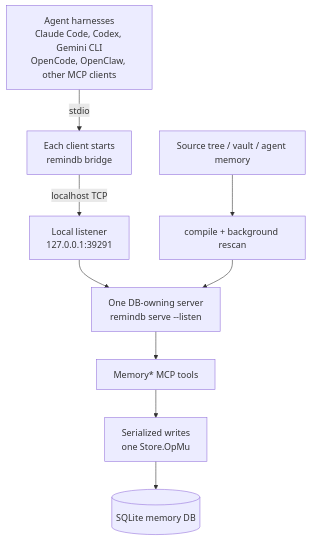
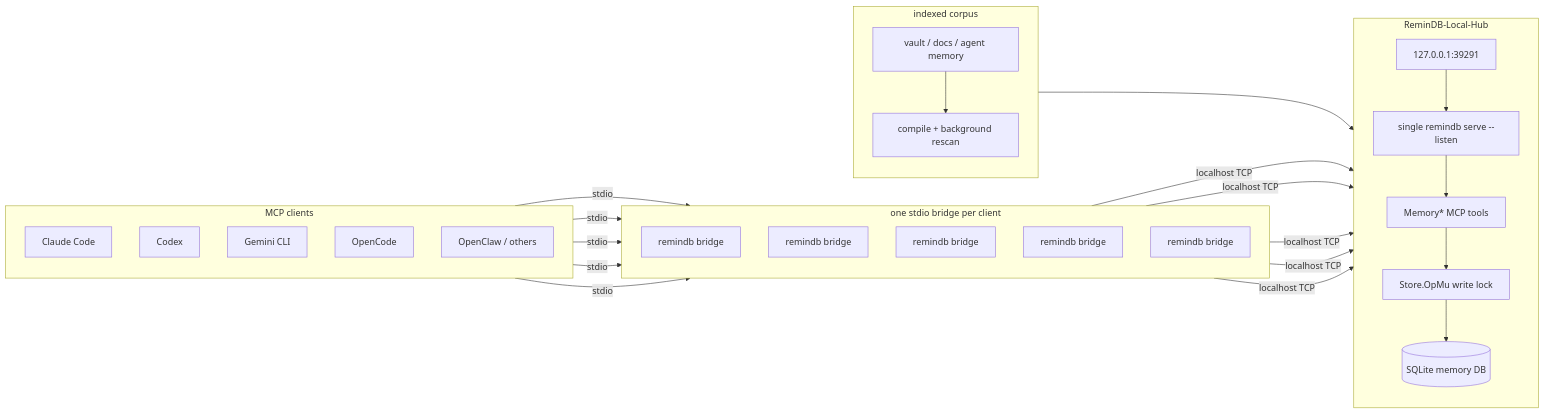
Before and after one commit to special-place-administrator/remindb-Local-Hub: the first of 2 diagrams in README.md, drawn with Mermaid.

Commit message:
docs: restore multi-agent architecture diagram

````diff
--- a/README.md
+++ b/README.md
@@ -24,22 +24,55 @@
 ```mermaid
-flowchart TD
-    Clients["Agent harnesses<br/>Claude Code, Codex, Gemini CLI<br/>OpenCode, OpenClaw, other MCP clients"]
-    Bridge["Each client starts<br/>remindb bridge"]
-    Listener["Local listener<br/>127.0.0.1:39291"]
-    Server["One DB-owning server<br/>remindb serve --listen"]
-    Tools["Memory* MCP tools"]
-    Lock["Serialized writes<br/>one Store.OpMu"]
-    DB[("SQLite memory DB")]
-    Source["Source tree / vault / agent memory"]
-    Rescan["compile + background rescan"]
+flowchart LR
+    subgraph Clients["MCP clients"]
+        direction TB
+        Claude["Claude Code"]
+        Codex["Codex"]
+        Gemini["Gemini CLI"]
+        OpenCode["OpenCode"]
+        OpenClaw["OpenClaw / others"]
+    end
 
-    Clients -->|stdio| Bridge
-    Bridge -->|localhost TCP| Listener
+    subgraph Bridges["one stdio bridge per client"]
+        direction TB
+        ClaudeBridge["remindb bridge"]
+        CodexBridge["remindb bridge"]
+        GeminiBridge["remindb bridge"]
+        OpenCodeBridge["remindb bridge"]
+        OpenClawBridge["remindb bridge"]
+    end
+
+    subgraph Hub["ReminDB-Local-Hub"]
+        direction TB
+        Listener["127.0.0.1:39291"]
+        Server["single remindb serve --listen"]
+        Tools["Memory* MCP tools"]
+        Lock["Store.OpMu write lock"]
+        DB[("SQLite memory DB")]
+    end
+
+    subgraph Corpus["indexed corpus"]
+        direction TB
+        Source["vault / docs / agent memory"]
+        Rescan["compile + background rescan"]
+    end
+
+    Claude -->|stdio| ClaudeBridge
+    Codex -->|stdio| CodexBridge
+    Gemini -->|stdio| GeminiBridge
+    OpenCode -->|stdio| OpenCodeBridge
+    OpenClaw -->|stdio| OpenClawBridge
+
+    ClaudeBridge -->|localhost TCP| Listener
+    CodexBridge -->|localhost TCP| Listener
+    GeminiBridge -->|localhost TCP| Listener
+    OpenCodeBridge -->|localhost TCP| Listener
+    OpenClawBridge -->|localhost TCP| Listener
+
     Listener --> Server
     Server --> Tools
     Tools --> Lock
     Lock --> DB
 
     Source --> Rescan
     Rescan --> Server
 ```
````
